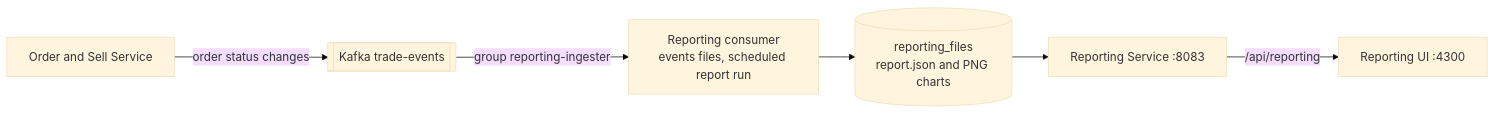
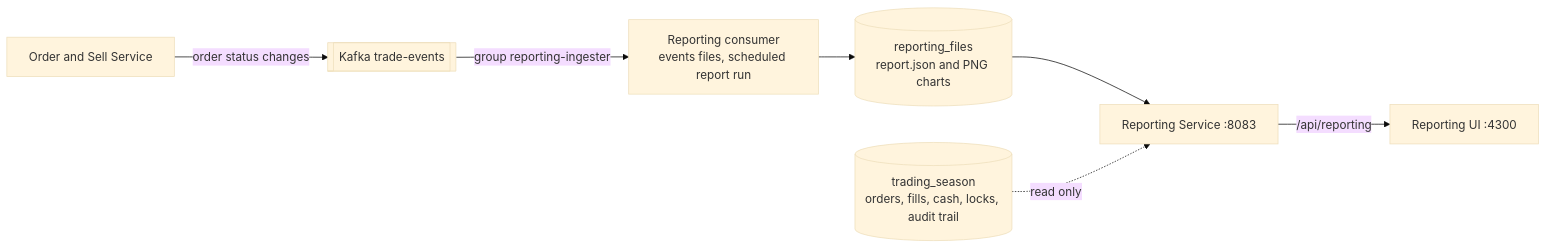
The first of 3 diagrams in apps/reporting-ui/README.md (seankcheema/trading-season), drawn with Mermaid (base theme) before and after one commit. The commit also changed other lines of this file and 47 other files, not shown here.

````diff
--- a/apps/reporting-ui/README.md
+++ b/apps/reporting-ui/README.md
@@ -18,8 +22,9 @@
 ```mermaid
 flowchart LR
     OS["Order and Sell Service"] -- "order status changes" --> K[["Kafka trade-events"]]
     K -- "group reporting-ingester" --> C["Reporting consumer<br/>events files, scheduled report run"]
     C --> F[("reporting_files<br/>report.json and PNG charts")]
     F --> RS["Reporting Service :8083"]
+    DB[("trading_season<br/>orders, fills, cash, locks, audit trail")] -. "read only" .-> RS
     RS -- "/api/reporting" --> UI["Reporting UI :4300"]
 ```
````
